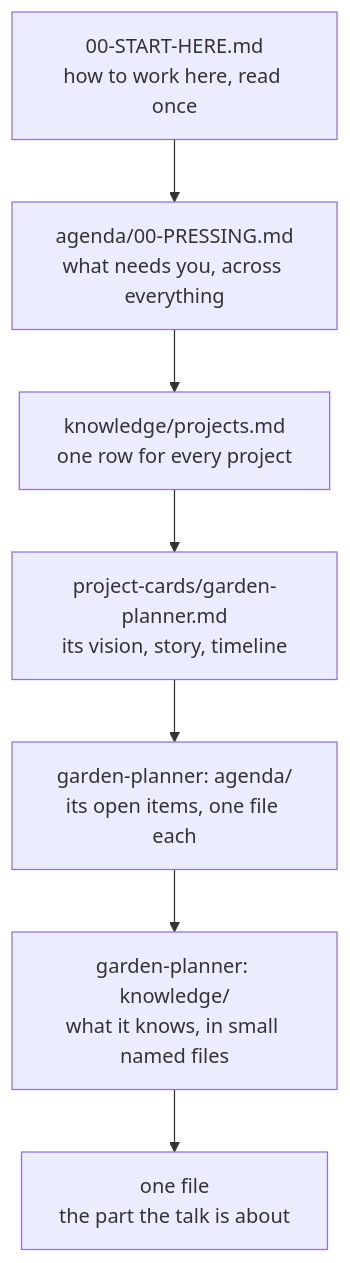
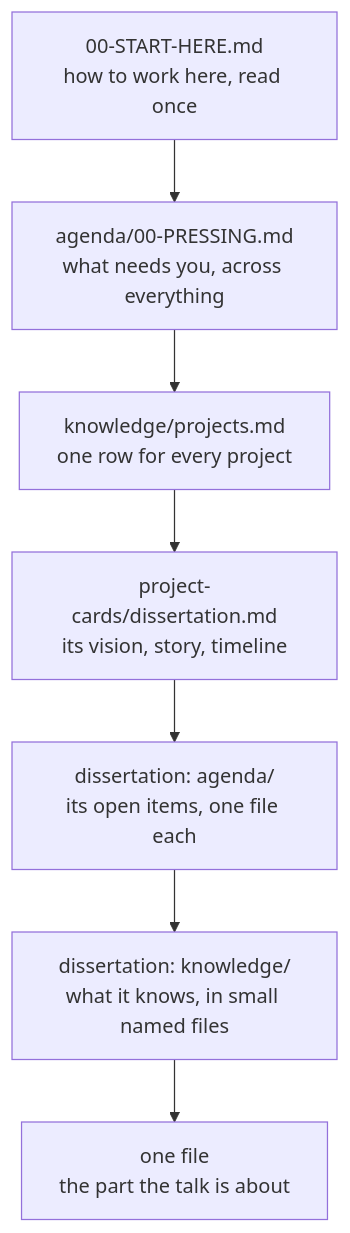
One commit to sirfifer/collab-kit changed the diagram in docs/how-it-works.md. Above: the diagram before and after it, drawn with Mermaid. The commit also changed other lines of this file and 11 other files, not shown here.

````diff
--- a/docs/how-it-works.md
+++ b/docs/how-it-works.md
@@ -55,11 +56,11 @@
 ```mermaid
 flowchart TD
     S["00-START-HERE.md<br/>how to work here, read once"]
     P["agenda/00-PRESSING.md<br/>what needs you, across everything"]
     K["knowledge/projects.md<br/>one row for every project"]
-    C["project-cards/garden-planner.md<br/>its vision, story, timeline"]
-    A["garden-planner: agenda/<br/>its open items, one file each"]
-    I["garden-planner: knowledge/<br/>what it knows, in small named files"]
+    C["project-cards/dissertation.md<br/>its vision, story, timeline"]
+    A["dissertation: agenda/<br/>its open items, one file each"]
+    I["dissertation: knowledge/<br/>what it knows, in small named files"]
     D["one file<br/>the part the talk is about"]
     S --> P --> K --> C --> A --> I --> D
 ```
````
